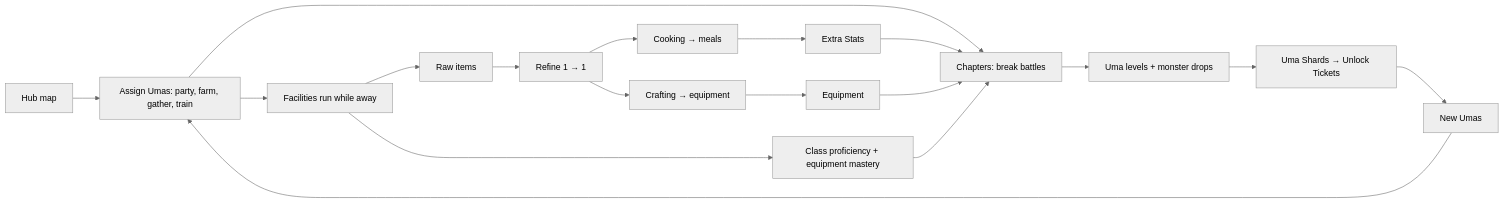
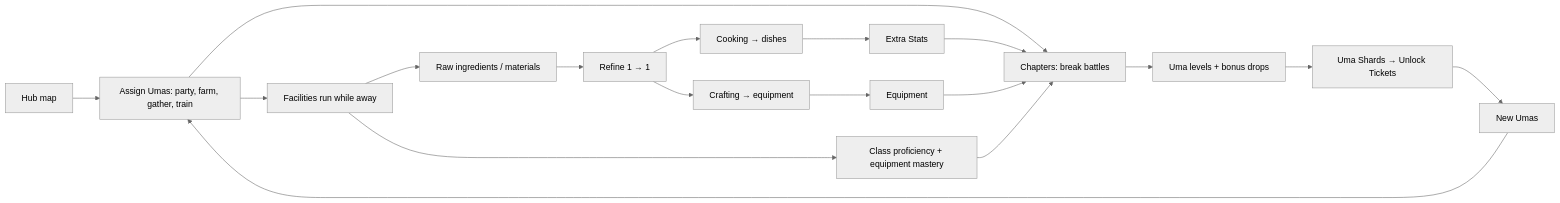
One commit to luismlorenzana/uma-rpg changed the diagram in docs/design/game-design.md. Above: the diagram before and after it, drawn with Mermaid (neutral theme). The commit also changed other lines of this file and 2 other files, not shown here.

First line of the commit message:
docs(design): v0.2 with the owner's answers on unlocks, promotion, parties and items

````diff
--- a/docs/design/game-design.md
+++ b/docs/design/game-design.md
@@ -31,20 +30,20 @@
 ```mermaid
 flowchart LR
     Hub[Hub map] --> Assign[Assign Umas: party, farm, gather, train]
     Assign --> Battle[Chapters: break battles]
     Assign --> Passive[Facilities run while away]
-    Battle --> Lv[Uma levels + monster drops]
-    Passive --> Raw[Raw items]
+    Battle --> Lv[Uma levels + bonus drops]
+    Passive --> Raw[Raw ingredients / materials]
     Raw --> Refine[Refine 1 → 1]
-    Refine --> Cook[Cooking → meals]
+    Refine --> Cook[Cooking → dishes]
     Refine --> Craft[Crafting → equipment]
     Cook --> Extra[Extra Stats]
     Craft --> Gear[Equipment]
     Passive --> Mastery[Class proficiency + equipment mastery]
     Lv --> Shards[Uma Shards → Unlock Tickets]
     Shards --> Collect[New Umas]
     Extra --> Battle
     Gear --> Battle
     Mastery --> Battle
     Collect --> Assign
 ```
````
